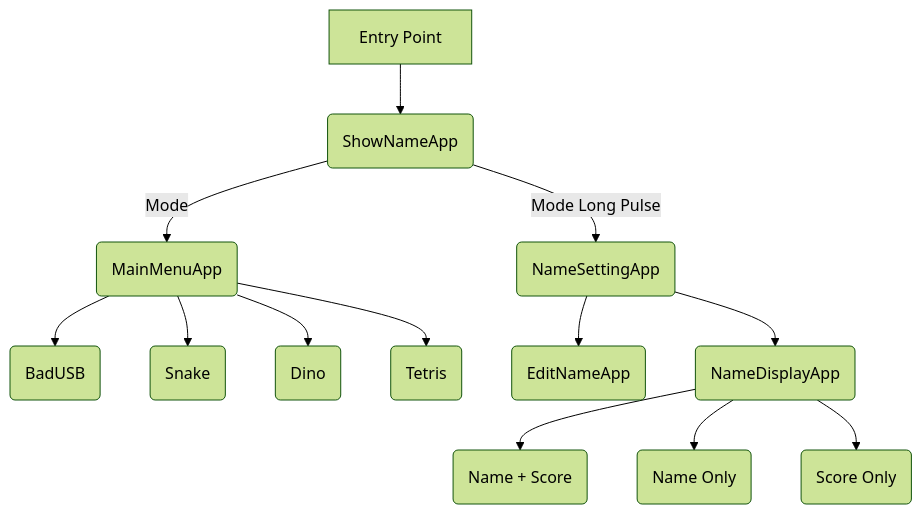
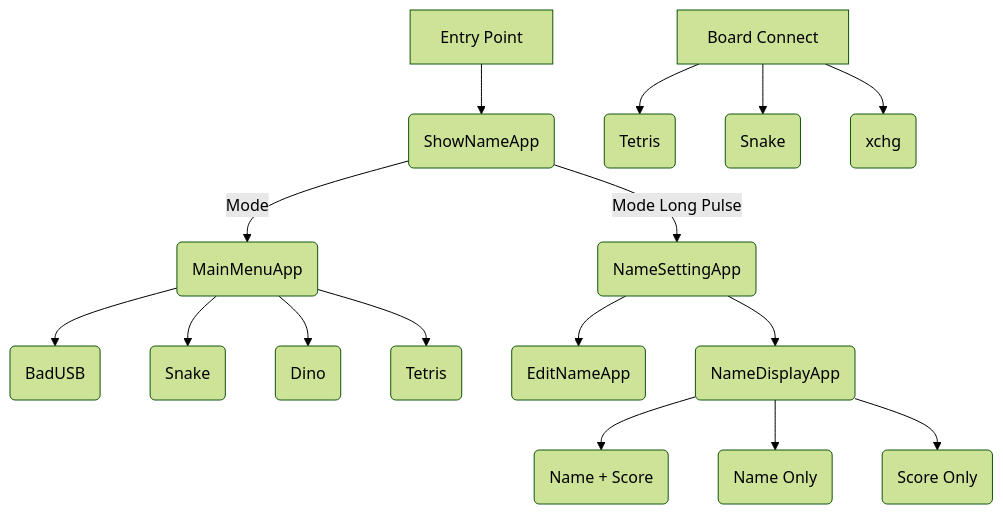
One commit to john0312/hitcon-pcb-badge changed the diagram in Menu.md. Above: the diagram before and after it, drawn with Mermaid (forest theme).

Commit message:
update menu

````diff
--- a/Menu.md
+++ b/Menu.md
@@ -1,15 +1,18 @@
 ```mermaid
 flowchart TD
     A[Entry Point] --> B(ShowNameApp)
     B --> |Mode| C(MainMenuApp)
     C --> D(BadUSB)
     C --> E(Snake)
     C --> F(Dino)
     C --> G(Tetris)
     B --> |Mode Long Pulse| H(NameSettingApp)
     H --> I(EditNameApp)
     H --> J(NameDisplayApp)
     J --> K(Name + Score)
     J --> L(Name Only)
     J --> M(Score Only)
+    N[Board Connect] --> O(Tetris)
+    N --> P(Snake)
+    N --> Q(xchg)
 ```
````
